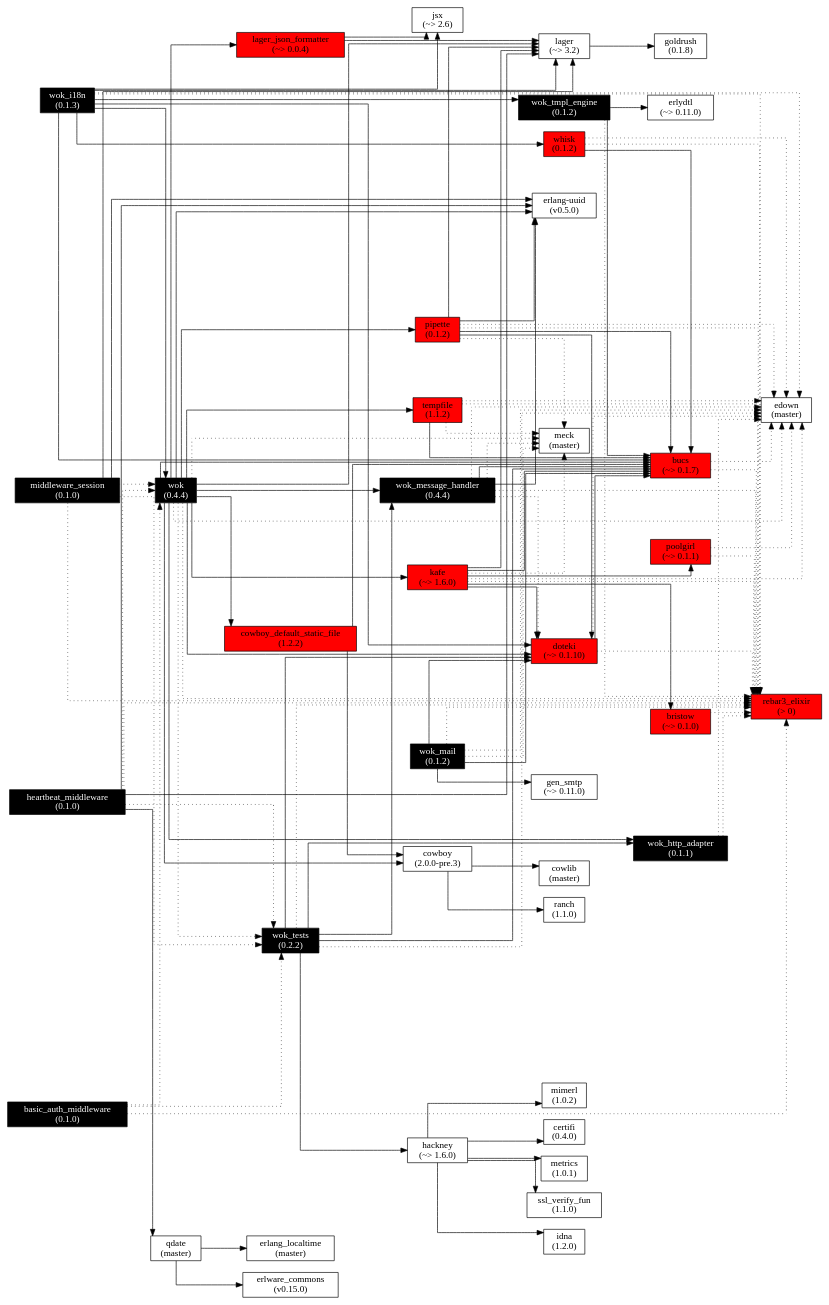
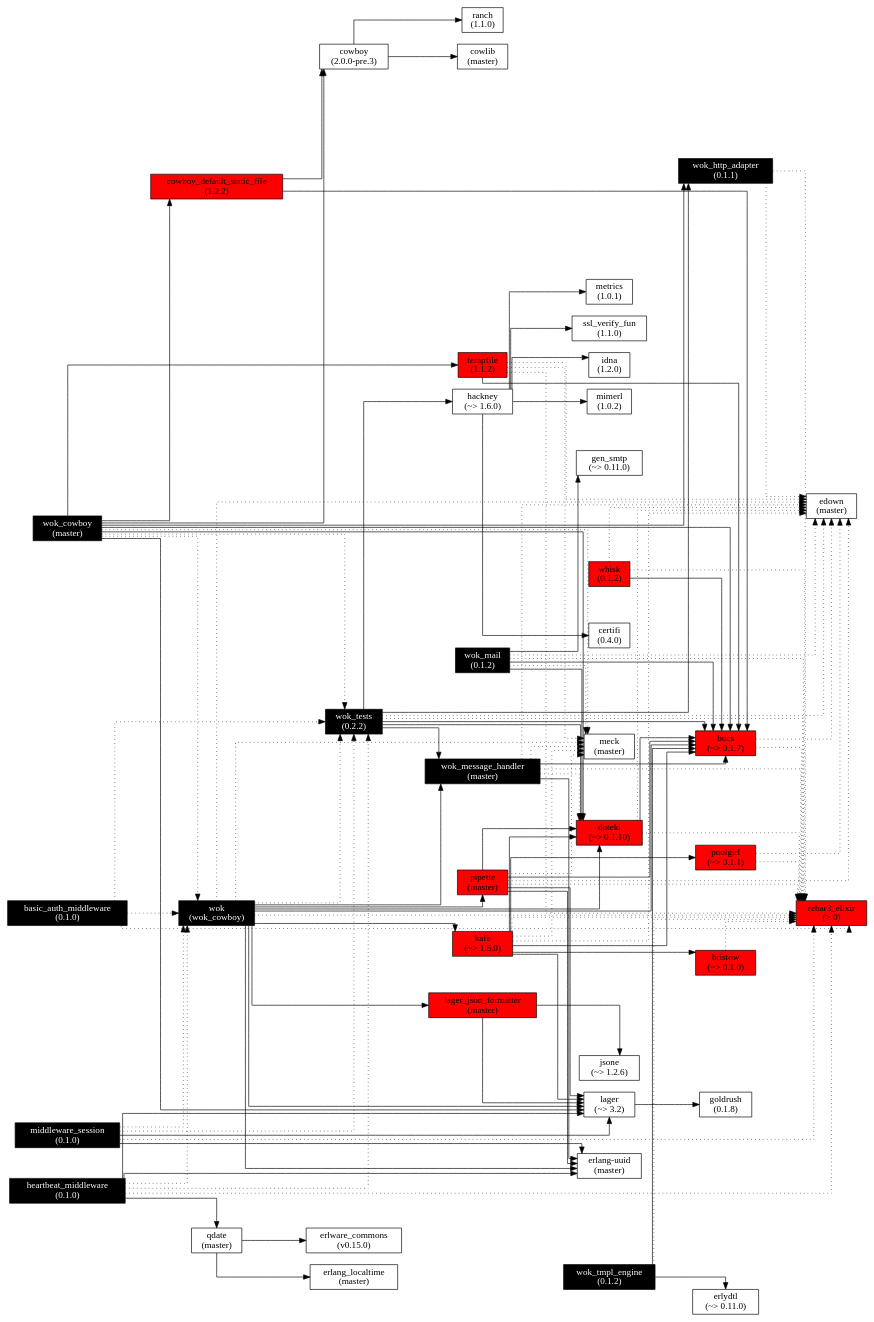
The diagram in images/wok.deps.gv (botsunit/wok), drawn with Graphviz before and after one commit. The commit also changed 4 other files, not shown here.

```diff
--- a/images/wok.deps.gv
+++ b/images/wok.deps.gv
@@ -1,181 +1,191 @@
 digraph wok_deps {
   node[shape=box];
   graph[
     remincross=true;
     splines=ortho;
     rankdir=LR;
   ]
 
-  wok[label="wok\n(0.4.4)", fontcolor="white", style="filled", fillcolor="black"];
+  wok[label="wok\n(wok_cowboy)", fontcolor="white", style="filled", fillcolor="black"];
   lager[label="lager\n(~> 3.2)"];
-  lager_json_formatter[label="lager_json_formatter\n(~> 0.0.4)", style="filled", fillcolor="red"];
+  lager_json_formatter[label="lager_json_formatter\n(master)", style="filled", fillcolor="red"];
   wok_http_adapter[label="wok_http_adapter\n(0.1.1)", fontcolor="white", style="filled", fillcolor="black"];
-  wok_message_handler[label="wok_message_handler\n(0.4.4)", fontcolor="white", style="filled", fillcolor="black"];
-  pipette[label="pipette\n(0.1.2)", style="filled", fillcolor="red"];
+  wok_message_handler[label="wok_message_handler\n(master)", fontcolor="white", style="filled", fillcolor="black"];
+  pipette[label="pipette\n(master)", style="filled", fillcolor="red"];
   kafe[label="kafe\n(~> 1.6.0)", style="filled", fillcolor="red"];
   cowboy[label="cowboy\n(2.0.0-pre.3)"];
   cowboy_default_static_file[label="cowboy_default_static_file\n(1.2.2)", style="filled", fillcolor="red"];
   bucs[label="bucs\n(~> 0.1.7)", style="filled", fillcolor="red"];
   doteki[label="doteki\n(~> 0.1.10)", style="filled", fillcolor="red"];
-  uuid[label="erlang-uuid\n(v0.5.0)"];
+  uuid[label="erlang-uuid\n(master)"];
   tempfile[label="tempfile\n(1.1.2)", style="filled", fillcolor="red"];
   rebar3_elixir[label="rebar3_elixir\n(> 0)", style="filled", fillcolor="red"];
   wok_tests[label="wok_tests\n(0.2.2)", fontcolor="white", style="filled", fillcolor="black"];
   meck[label="meck\n(master)"];
   edown[label="edown\n(master)"];
   goldrush[label="goldrush\n(0.1.8)"];
-  jsx[label="jsx\n(~> 2.6)"];
+  // jsx[label="jsx\n(~> 2.6)"];
+  jsone[label="jsone\n(~> 1.2.6)"];
   poolgirl[label="poolgirl\n(~> 0.1.1)", style="filled", fillcolor="red"];
   bristow[label="bristow\n(~> 0.1.0)", style="filled", fillcolor="red"];
   cowlib[label="cowlib\n(master)"];
   ranch[label="ranch\n(1.1.0)"];
   hackney[label="hackney\n(~> 1.6.0)"];
   idna[label="idna\n(1.2.0)"];
   mimerl[label="mimerl\n(1.0.2)"];
   certifi[label="certifi\n(0.4.0)"];
   metrics[label="metrics\n(1.0.1)"];
   ssl_verify_fun[label="ssl_verify_fun\n(1.1.0)"];
   wok_mail[label="wok_mail\n(0.1.2)", fontcolor="white", style="filled", fillcolor="black"];
   gen_smtp[label="gen_smtp\n(~> 0.11.0)"];
-  wok_i18n[label="wok_i18n\n(0.1.3)", fontcolor="white", style="filled", fillcolor="black"];
+  // wok_i18n[label="wok_i18n\n(0.1.3)", fontcolor="white", style="filled", fillcolor="black"];
   wok_tmpl_engine[label="wok_tmpl_engine\n(0.1.2)", fontcolor="white", style="filled", fillcolor="black"];
   whisk[label="whisk\n(0.1.2)", style="filled", fillcolor="red"];
   erlydtl[label="erlydtl\n(~> 0.11.0)"];
   basic_auth_middleware[label="basic_auth_middleware\n(0.1.0)", fontcolor="white", style="filled", fillcolor="black"];
   middleware_session[label="middleware_session\n(0.1.0)", fontcolor="white", style="filled", fillcolor="black"];
   heartbeat_middleware[label="heartbeat_middleware\n(0.1.0)", fontcolor="white", style="filled", fillcolor="black"];
   qdate[label="qdate\n(master)"];
   erlware_commons[label="erlware_commons\n(v0.15.0)"];
   erlang_localtime[label="erlang_localtime\n(master)"];
+  wok_cowboy[label="wok_cowboy\n(master)", fontcolor="white", style="filled", fillcolor="black"];
 
   wok -> lager;
   wok -> lager_json_formatter
-  wok -> wok_http_adapter;
   wok -> wok_message_handler;
   wok -> pipette;
   wok -> kafe;
-  wok -> cowboy;
-  wok -> cowboy_default_static_file;
   wok -> bucs;
   wok -> doteki;
   wok -> uuid;
-  wok -> tempfile;
   wok-> rebar3_elixir[style=dotted];
   wok -> meck[style=dotted];
   wok -> wok_tests[style=dotted];
   wok -> edown[style=dotted];
 
+  wok_cowboy -> lager;
+  wok_cowboy -> wok_http_adapter;
+  wok_cowboy -> cowboy;
+  wok_cowboy -> cowboy_default_static_file;
+  wok_cowboy -> bucs;
+  wok_cowboy -> doteki;
+  wok_cowboy -> tempfile;
+  wok_cowboy -> meck[style=dotted];
+  wok_cowboy -> wok_tests[style=dotted];
+  wok_cowboy -> wok[style=dotted];
+
   lager -> goldrush;
 
   lager_json_formatter -> lager;
-  lager_json_formatter -> jsx;
+  //lager_json_formatter -> jsx;
+  lager_json_formatter -> jsone;
 
   wok_http_adapter -> edown[style=dotted];
   wok_http_adapter -> rebar3_elixir[style=dotted];
 
   wok_message_handler -> bucs;
   wok_message_handler -> uuid;
   wok_message_handler -> meck[style=dotted];
   wok_message_handler -> doteki[style=dotted];
   wok_message_handler -> edown[style=dotted];
   wok_message_handler -> rebar3_elixir[style=dotted];
 
   pipette -> lager;
   pipette -> bucs;
   pipette -> doteki;
   pipette -> uuid;
   pipette -> meck[style=dotted];
   pipette -> edown[style=dotted];
   pipette -> rebar3_elixir[style=dotted];
 
   kafe -> lager;
   kafe -> bucs;
   kafe -> doteki;
   kafe -> poolgirl;
   kafe -> bristow;
   kafe -> meck[style=dotted];
   kafe -> edown[style=dotted];
   kafe -> rebar3_elixir[style=dotted];
 
   bristow -> rebar3_elixir[style=dotted];
 
   cowboy -> cowlib;
   cowboy -> ranch;
 
   cowboy_default_static_file -> bucs;
   cowboy_default_static_file -> cowboy;
 
   bucs -> edown[style=dotted];
   bucs -> rebar3_elixir[style=dotted];
 
   doteki -> bucs;
   doteki -> edown[style=dotted];
   doteki -> rebar3_elixir[style=dotted];
 
   tempfile -> bucs;
   tempfile -> meck[style=dotted];
   tempfile -> edown[style=dotted];
   tempfile -> rebar3_elixir[style=dotted];
 
   wok_tests -> bucs;
   wok_tests -> wok_http_adapter;
   wok_tests -> wok_message_handler;
   wok_tests -> doteki;
   wok_tests -> hackney;
   wok_tests -> edown[style=dotted];
   wok_tests -> rebar3_elixir[style=dotted];
 
   poolgirl -> edown[style=dotted];
   poolgirl -> rebar3_elixir[style=dotted];
 
   hackney -> idna;
   hackney -> mimerl;
   hackney -> certifi;
   hackney -> metrics;
   hackney -> ssl_verify_fun;
 
   wok_mail -> bucs;
   wok_mail -> doteki;
   wok_mail -> gen_smtp;
   wok_mail -> meck[style=dotted];
   wok_mail -> edown[style=dotted];
   wok_mail -> rebar3_elixir[style=dotted];
 
-  wok_i18n -> jsx;
-  wok_i18n -> lager;
-  wok_i18n -> wok_tmpl_engine;
-  wok_i18n -> whisk;
-  wok_i18n -> wok;
-  wok_i18n -> bucs;
-  wok_i18n -> doteki;
-  wok_i18n -> edown[style=dotted];
-  wok_i18n -> rebar3_elixir[style=dotted];
+  // wok_i18n -> jsx;
+  // wok_i18n -> lager;
+  // wok_i18n -> wok_tmpl_engine;
+  // wok_i18n -> whisk;
+  // wok_i18n -> wok;
+  // wok_i18n -> bucs;
+  // wok_i18n -> doteki;
+  // wok_i18n -> edown[style=dotted];
+  // wok_i18n -> rebar3_elixir[style=dotted];
 
   wok_tmpl_engine -> bucs;
   wok_tmpl_engine -> erlydtl;
   wok_tmpl_engine -> rebar3_elixir[style=dotted];
 
   whisk -> bucs;
   whisk -> edown[style=dotted];
   whisk -> rebar3_elixir[style=dotted];
 
   basic_auth_middleware -> wok[style=dotted];
   basic_auth_middleware -> wok_tests[style=dotted];
   basic_auth_middleware -> rebar3_elixir[style=dotted];
 
   middleware_session -> lager;
   middleware_session -> uuid;
   middleware_session -> wok[style=dotted];
   middleware_session -> wok_tests[style=dotted];
   middleware_session -> rebar3_elixir[style=dotted];
 
   heartbeat_middleware -> lager;
   heartbeat_middleware -> uuid;
   heartbeat_middleware -> qdate;
   heartbeat_middleware -> wok[style=dotted];
   heartbeat_middleware -> wok_tests[style=dotted];
   heartbeat_middleware -> rebar3_elixir[style=dotted];
 
   qdate -> erlware_commons;
   qdate -> erlang_localtime;
 }
```
